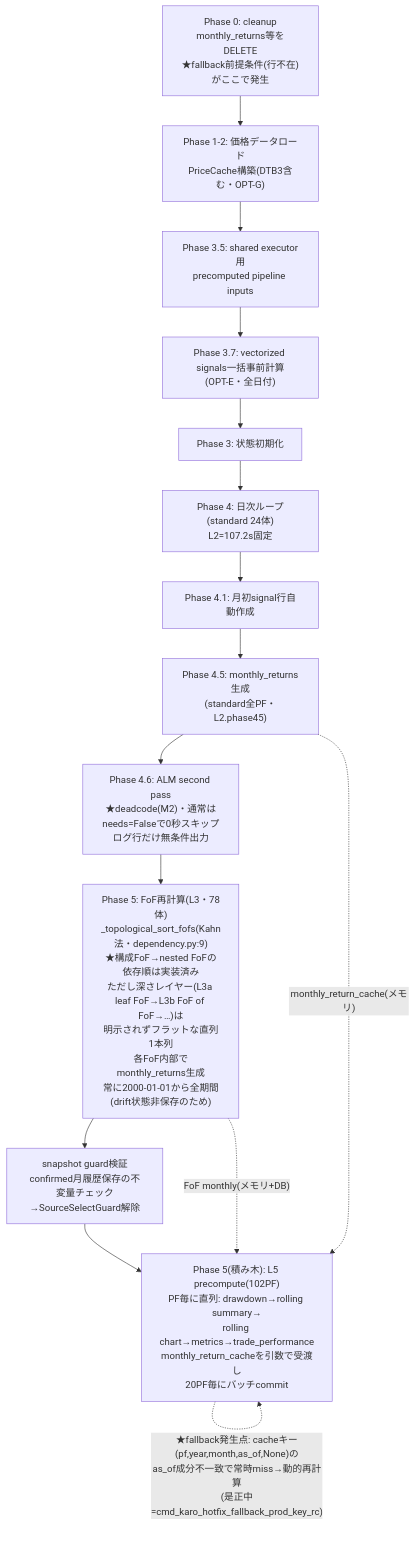
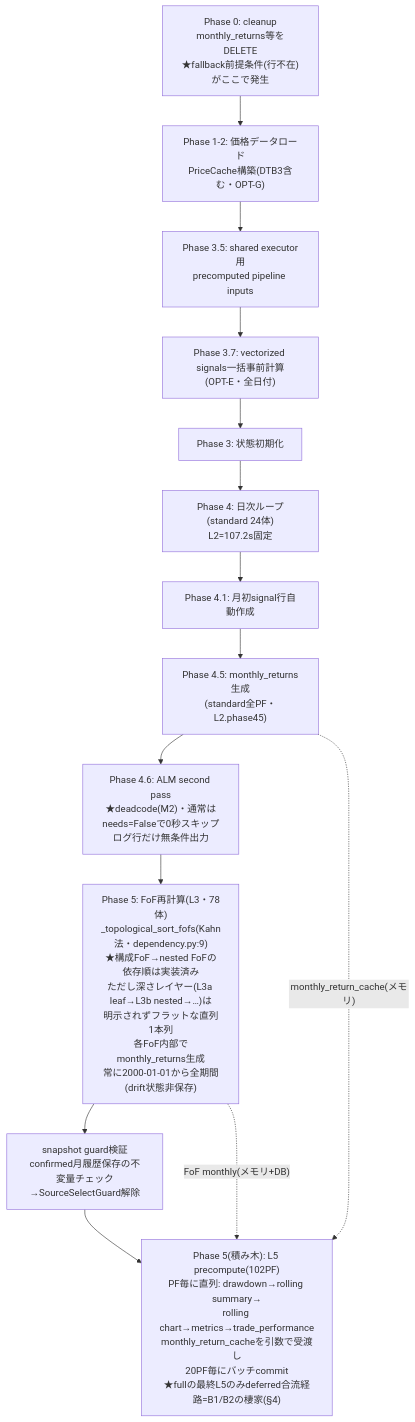
The first of 2 diagrams in docs/research/dm-production-issues-asis-tobe-5w1h_20260810.md (simokitafresh/multi-agent-shogun), drawn with Mermaid before and after one commit. The commit also changed other lines of this file, not shown here.

````diff
--- a/docs/research/dm-production-issues-asis-tobe-5w1h_20260810.md
+++ b/docs/research/dm-production-issues-asis-tobe-5w1h_20260810.md
@@ -181,19 +112,18 @@
 ```mermaid
 flowchart TD
     P0["Phase 0: cleanup<br/>monthly_returns等をDELETE<br/>★fallback前提条件(行不在)がここで発生"] --> P12
     P12["Phase 1-2: 価格データロード<br/>PriceCache構築(DTB3含む・OPT-G)"] --> P35
     P35["Phase 3.5: shared executor用<br/>precomputed pipeline inputs"] --> P37
     P37["Phase 3.7: vectorized signals一括事前計算<br/>(OPT-E・全日付)"] --> P3
     P3["Phase 3: 状態初期化"] --> P4
     P4["Phase 4: 日次ループ(standard 24体)<br/>L2=107.2s固定"] --> P41
     P41["Phase 4.1: 月初signal行自動作成"] --> P45
     P45["Phase 4.5: monthly_returns生成<br/>(standard全PF・L2.phase45)"] --> P46
     P46["Phase 4.6: ALM second pass<br/>★deadcode(M2)・通常はneeds=Falseで0秒スキップ<br/>ログ行だけ無条件出力"] --> P5F
-    P5F["Phase 5: FoF再計算(L3・78体)<br/>_topological_sort_fofs(Kahn法・dependency.py:9)<br/>★構成FoF→nested FoFの依存順は実装済み<br/>ただし深さレイヤー(L3a leaf FoF→L3b FoF of FoF→…)は<br/>明示されずフラットな直列1本列<br/>各FoF内部でmonthly_returns生成<br/>常に2000-01-01から全期間(drift状態非保存のため)"] --> GUARD
+    P5F["Phase 5: FoF再計算(L3・78体)<br/>_topological_sort_fofs(Kahn法・dependency.py:9)<br/>★構成FoF→nested FoFの依存順は実装済み<br/>ただし深さレイヤー(L3a leaf→L3b nested→…)は<br/>明示されずフラットな直列1本列<br/>各FoF内部でmonthly_returns生成<br/>常に2000-01-01から全期間(drift状態非保存)"] --> GUARD
     GUARD["snapshot guard検証<br/>confirmed月履歴保存の不変量チェック<br/>→SourceSelectGuard解除"] --> P5P
-    P5P["Phase 5(積み木): L5 precompute(102PF)<br/>PF毎に直列: drawdown→rolling summary→<br/>rolling chart→metrics→trade_performance<br/>monthly_return_cacheを引数で受渡し<br/>20PF毎にバッチcommit"]
+    P5P["Phase 5(積み木): L5 precompute(102PF)<br/>PF毎に直列: drawdown→rolling summary→<br/>rolling chart→metrics→trade_performance<br/>monthly_return_cacheを引数で受渡し<br/>20PF毎にバッチcommit<br/>★fullの最終L5のみdeferred合流経路=B1/B2の棲家(§4)"]
 
     P45 -.->|"monthly_return_cache(メモリ)"| P5P
     P5F -.->|"FoF monthly(メモリ+DB)"| P5P
-    P5P -.->|"★fallback発生点: cacheキー<br/>(pf,year,month,as_of,None)の<br/>as_of成分不一致で常時miss→動的再計算<br/>(是正中=cmd_karo_hotfix_fallback_prod_key_rc)"| P5P
 ```
````
